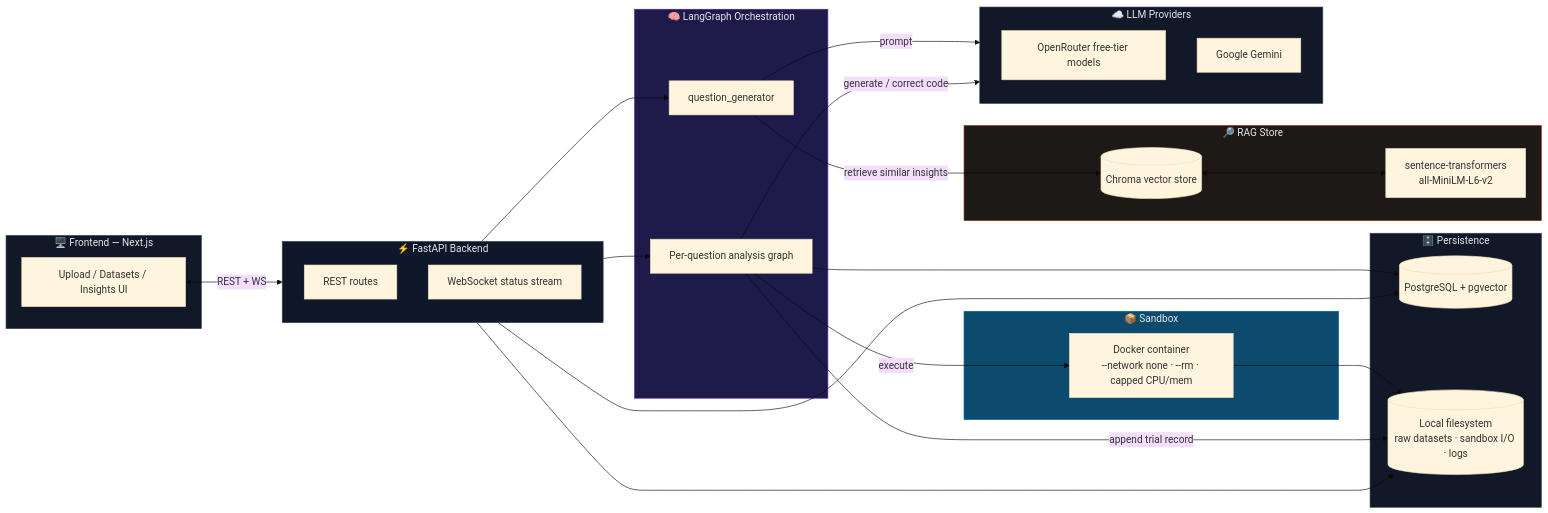
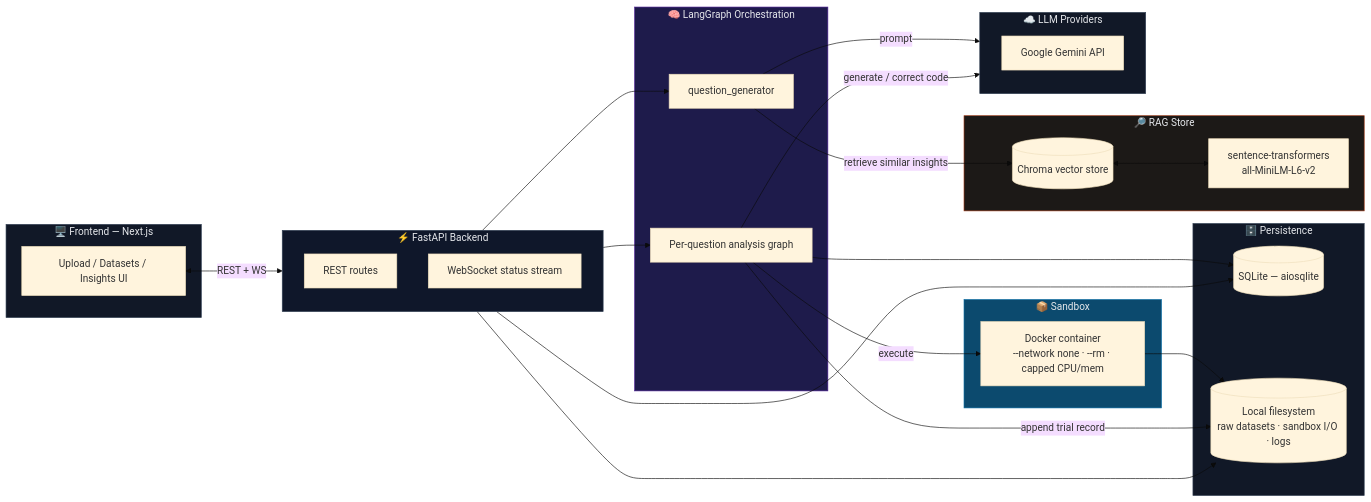
The first of 4 diagrams in README.md (Sp2736/data-mind), drawn with Mermaid (base theme) before and after one commit. The commit also changed other lines of this file and 4 other files, not shown here.

````diff
--- a/README.md
+++ b/README.md
@@ -75,57 +75,56 @@
 ```mermaid
 flowchart LR
     subgraph Client["🖥️ Frontend — Next.js"]
         UI[Upload / Datasets / Insights UI]
     end
 
     subgraph API["⚡ FastAPI Backend"]
         REST[REST routes]
         WSAPI[WebSocket status stream]
     end
 
     subgraph Data["🗄️ Persistence"]
-        PG[(PostgreSQL + pgvector)]
+        DB[(SQLite — aiosqlite)]
         FS[(Local filesystem<br/>raw datasets · sandbox I/O · logs)]
     end
 
     subgraph Agents["🧠 LangGraph Orchestration"]
         QG[question_generator]
         Graph[Per-question analysis graph]
     end
 
     subgraph RAGStack["🔎 RAG Store"]
         Chroma[(Chroma vector store)]
         Embed[sentence-transformers<br/>all-MiniLM-L6-v2]
     end
 
     subgraph Exec["📦 Sandbox"]
         Docker[Docker container<br/>--network none · --rm · capped CPU/mem]
     end
 
     subgraph LLMs["☁️ LLM Providers"]
-        OR[OpenRouter free-tier models]
-        GE[Google Gemini]
+        GE[Google Gemini API]
     end
 
     UI <-->|REST + WS| API
-    API --> PG
+    API --> DB
     API --> FS
     API --> QG
     API --> Graph
     QG -->|retrieve similar insights| Chroma
     Chroma <--> Embed
     QG -->|prompt| LLMs
     Graph -->|generate / correct code| LLMs
     Graph -->|execute| Docker
     Docker --> FS
-    Graph --> PG
+    Graph --> DB
     Graph -->|append trial record| FS
 
     style Client fill:#111827,color:#e5e7eb,stroke:#334155
     style API fill:#0f172a,color:#e5e7eb,stroke:#334155
     style Data fill:#111827,color:#e5e7eb,stroke:#334155
     style Agents fill:#1e1b4b,color:#e5e7eb,stroke:#4c1d95
     style RAGStack fill:#1c1917,color:#e5e7eb,stroke:#9a3412
     style Exec fill:#0c4a6e,color:#e5e7eb,stroke:#0369a1
     style LLMs fill:#111827,color:#e5e7eb,stroke:#334155
 ```
````
